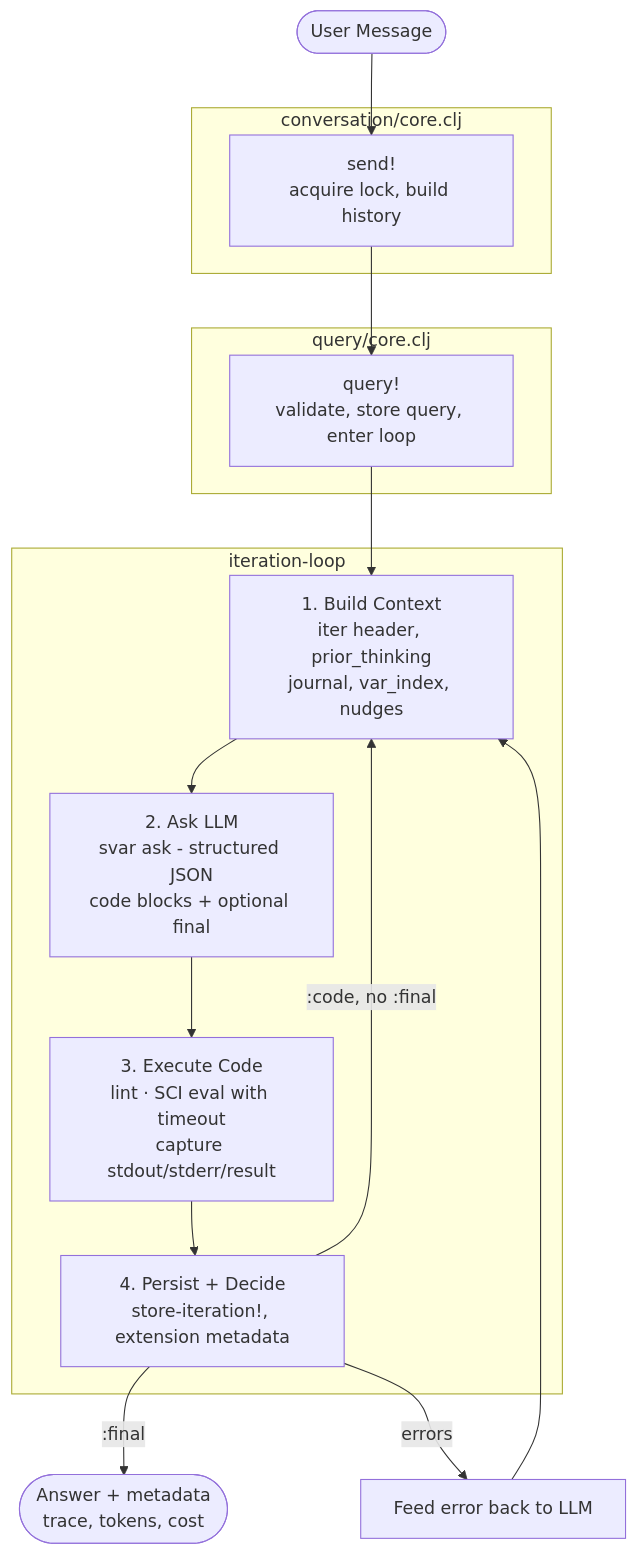
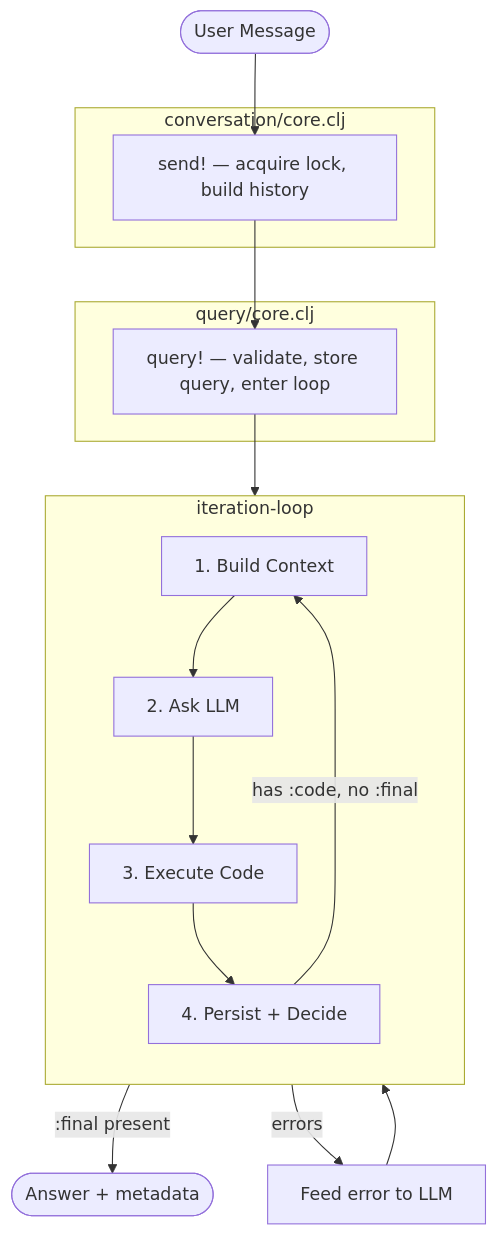
The first of 2 diagrams in resources/docs/src/architecture/iteration-flow.md (Blockether/vis), drawn with Mermaid before and after one commit. The commit also changed other lines of this file and 1 other file, not shown here.

Commit message:
fix(docs): mermaid diagrams — remove br tags and pipe labels that break rendering
Iteration flow and extension lifecycle diagrams rewritten to use
plain text node labels and -- edge labels instead of <br/> and
|pipe| syntax that mdbook-mermaid fails to render. Step details
moved to bullet lists below each diagram.

````diff
--- a/resources/docs/src/architecture/iteration-flow.md
+++ b/resources/docs/src/architecture/iteration-flow.md
@@ -7,29 +7,34 @@
 ```mermaid
 flowchart TD
-    User(["User Message"]) --> Send
+    User(["User Message"])
+    User --> Send
 
     subgraph Conversation["conversation/core.clj"]
-        Send["send!<br/>acquire lock, build history"]
+        Send["send! — acquire lock, build history"]
     end
 
     Send --> QueryFn
 
     subgraph Query["query/core.clj"]
-        QueryFn["query!<br/>validate, store query, enter loop"]
+        QueryFn["query! — validate, store query, enter loop"]
     end
 
     QueryFn --> BuildCtx
 
     subgraph Loop["iteration-loop"]
-        BuildCtx["1. Build Context<br/>iter header, prior_thinking<br/>journal, var_index, nudges"]
-        AskLLM["2. Ask LLM<br/>svar ask - structured JSON<br/>code blocks + optional final"]
-        Execute["3. Execute Code<br/>lint · SCI eval with timeout<br/>capture stdout/stderr/result"]
-        Persist["4. Persist + Decide<br/>store-iteration!, extension metadata"]
+        direction TB
+        BuildCtx["1. Build Context"]
+        AskLLM["2. Ask LLM"]
+        Execute["3. Execute Code"]
+        Persist["4. Persist + Decide"]
 
-        BuildCtx --> AskLLM --> Execute --> Persist
-        Persist -->|":code, no :final"| BuildCtx
+        BuildCtx --> AskLLM
+        AskLLM --> Execute
+        Execute --> Persist
+        Persist -- "has :code, no :final" --> BuildCtx
     end
 
-    Persist -->|":final"| Answer(["Answer + metadata<br/>trace, tokens, cost"])
-    Persist -->|"errors"| FeedBack["Feed error back to LLM"] --> BuildCtx
+    Persist -- ":final present" --> Answer(["Answer + metadata"])
+    Persist -- "errors" --> FeedBack["Feed error to LLM"]
+    FeedBack --> BuildCtx
 ```
````
